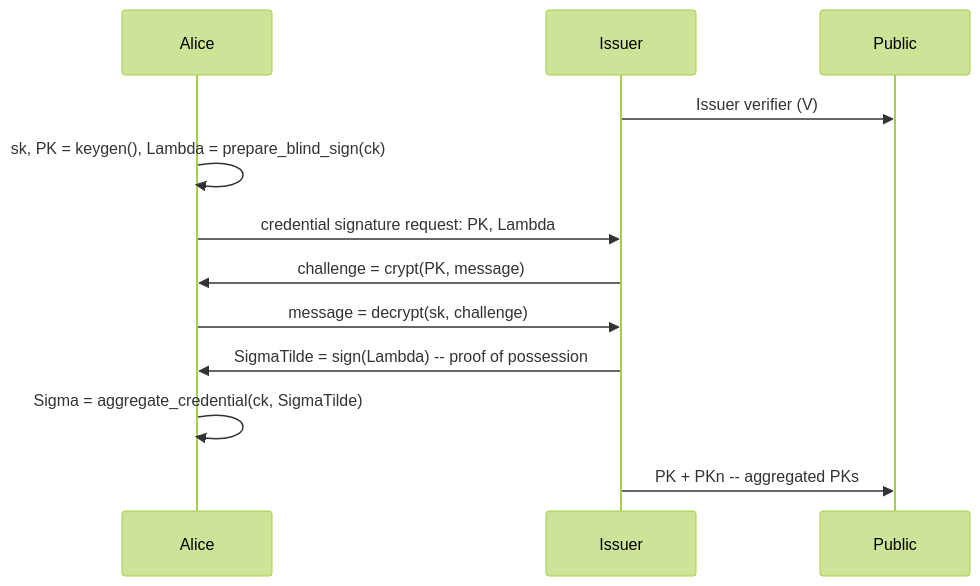
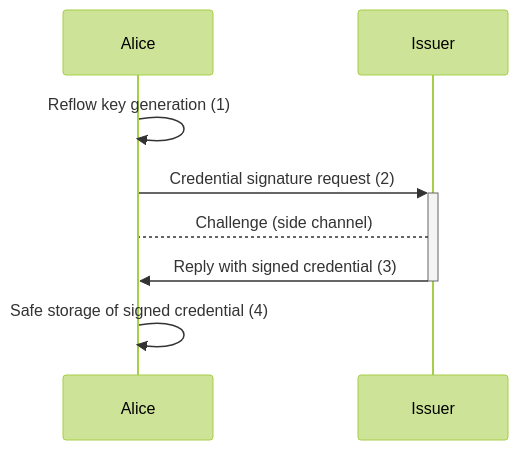
The diagram in keygen.mmd (dyne/reflow-crypto), drawn with Mermaid (forest theme) before and after one commit. The commit also changed 6 other files, not shown here.

```diff
--- a/keygen.mmd
+++ b/keygen.mmd
@@ -1,12 +1,8 @@
 sequenceDiagram
   participant A as Alice
   participant I as Issuer
-  participant P as Public
-  I->>P: Issuer verifier (V)
-  A->>A: sk, PK = keygen(), Lambda = prepare_blind_sign(ck)
-  A->>I: credential signature request: PK, Lambda
-  I->>A: challenge = crypt(PK, message)
-  A->>I: message = decrypt(sk, challenge)
-  I->>A: SigmaTilde = sign(Lambda) -- proof of possession
-  A->>A: Sigma = aggregate_credential(ck, SigmaTilde)
-  I->>P: PK + PKn -- aggregated PKs
+  A->>A: Reflow key generation (1)
+  A->>+I: Credential signature request (2)
+  I-->A: Challenge (side channel)
+  I->>-A: Reply with signed credential (3)
+  A->>A: Safe storage of signed credential (4)
```
